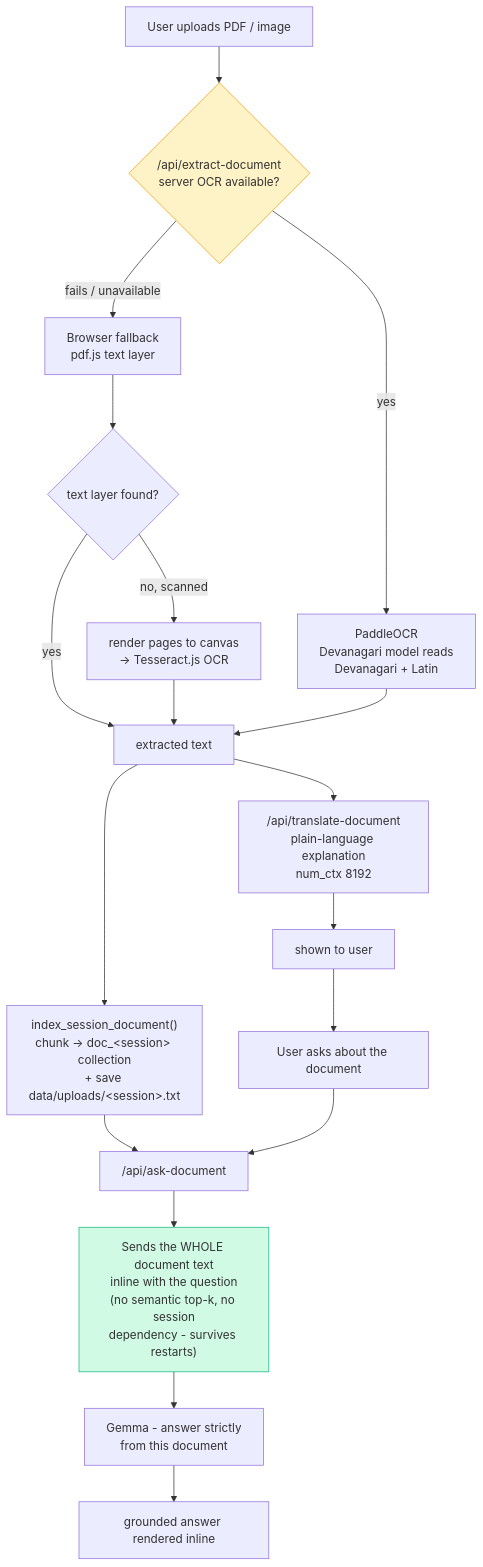
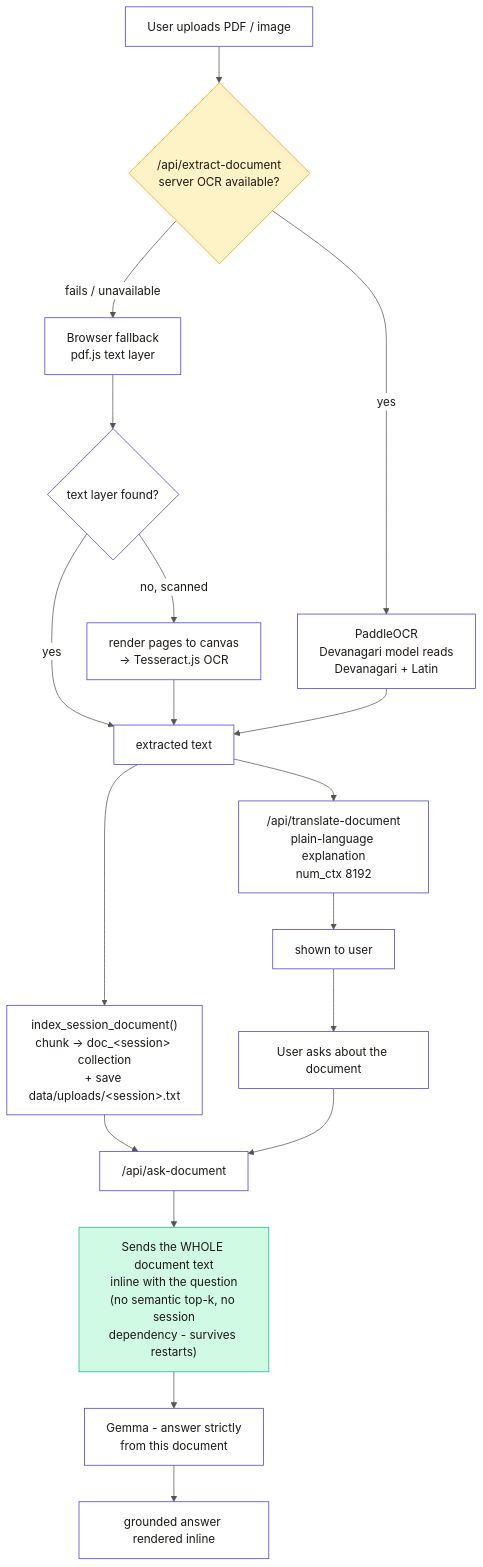
Before and after one commit to MAsTeRlssPd/AdhiKaar: the sixth of 9 diagrams in docs/ARCHITECTURE.md, drawn with Mermaid. The commit also changed other lines of this file and 1 other file, not shown here.

First line of the commit message:
Fix mermaid diagram contrast in GitHub light and dark mode

````diff
--- a/docs/ARCHITECTURE.md
+++ b/docs/ARCHITECTURE.md
@@ -352,27 +357,28 @@
 ```mermaid
+%%{init: {'theme':'base','themeVariables':{'background':'#FFFFFF','primaryColor':'#EEF2FF','primaryTextColor':'#1C1917','primaryBorderColor':'#4338CA','secondaryColor':'#FAF9F6','tertiaryColor':'#FFFFFF','lineColor':'#57534E','textColor':'#1C1917','mainBkg':'#FFFFFF','nodeBorder':'#4338CA','clusterBkg':'#FFFFFF','clusterBorder':'#4338CA','edgeLabelBackground':'#FFFFFF','actorBkg':'#EEF2FF','actorTextColor':'#1C1917','actorBorder':'#4338CA','signalColor':'#1C1917','signalTextColor':'#1C1917','noteBkgColor':'#FEF3C7','noteTextColor':'#1C1917','noteBorderColor':'#F59E0B','labelBoxBkgColor':'#EEF2FF','labelTextColor':'#1C1917','sequenceNumberColor':'#FFFFFF'}}}%%
 flowchart TD
     U["User uploads PDF / image"] --> T{"/api/extract-document<br/>server OCR available?"}
 
     T -->|yes| P["PaddleOCR<br/>Devanagari model reads<br/>Devanagari + Latin"]
     T -->|"fails / unavailable"| F["Browser fallback<br/>pdf.js text layer"]
     F --> F2{"text layer found?"}
     F2 -->|no, scanned| F3["render pages to canvas<br/>-> Tesseract.js OCR"]
     F2 -->|yes| TXT
     F3 --> TXT
     P --> TXT["extracted text"]
 
     TXT --> IDX["index_session_document()<br/>chunk -> doc_&lt;session&gt; collection<br/>+ save data/uploads/&lt;session&gt;.txt"]
     TXT --> EXP["/api/translate-document<br/>plain-language explanation<br/>num_ctx 8192"]
 
     IDX --> ASK["/api/ask-document"]
     EXP --> UI2["shown to user"]
 
     UI2 --> Q["User asks about the document"]
     Q --> ASK
     ASK --> WHOLE["Sends the WHOLE document text<br/>inline with the question<br/>(no semantic top-k, no session<br/>dependency - survives restarts)"]
     WHOLE --> G2["Gemma - answer strictly<br/>from this document"]
     G2 --> ANS["grounded answer rendered inline"]
 
-    style WHOLE fill:#D1FAE5,stroke:#10B981
-    style T fill:#FEF3C7,stroke:#F59E0B
+    style WHOLE fill:#D1FAE5,stroke:#10B981,color:#1C1917
+    style T fill:#FEF3C7,stroke:#F59E0B,color:#1C1917
 ```
````
